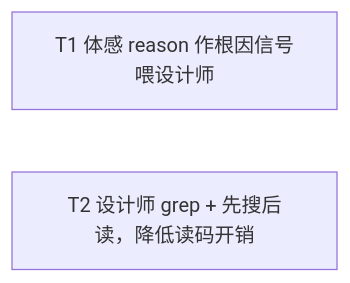
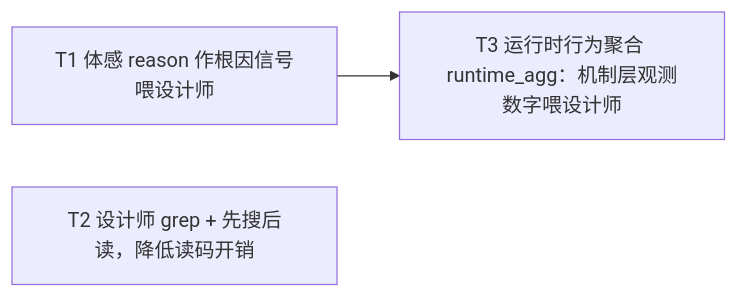
Diagram 32 of 39 in docs/specs/OVERVIEW.md (Curry09/AHE-Beta), drawn with Mermaid before and after one commit. The commit also changed other lines of this file and 5 other files, not shown here.

````diff
--- a/docs/specs/OVERVIEW.md
+++ b/docs/specs/OVERVIEW.md
@@ -754,5 +757,7 @@
 ```mermaid
 graph LR
     nT1["T1 体感 reason 作根因信号喂设计师"]
     nT2["T2 设计师 grep + 先搜后读，降低读码开销"]
+    nT3["T3 运行时行为聚合 runtime_agg：机制层观测数字喂设计师"]
+    nT1 --> nT3
 ```
````
